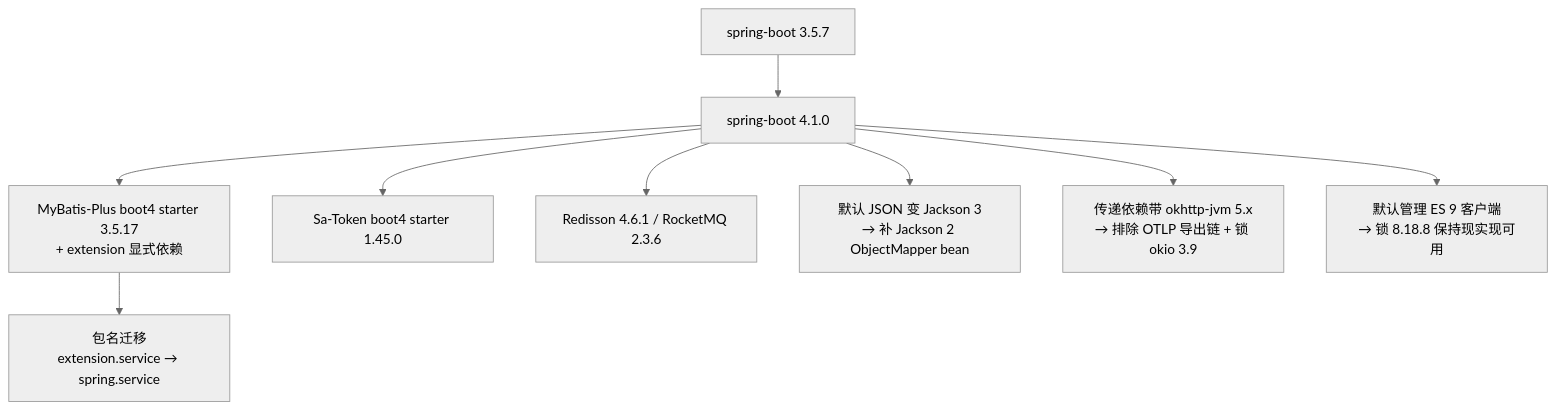
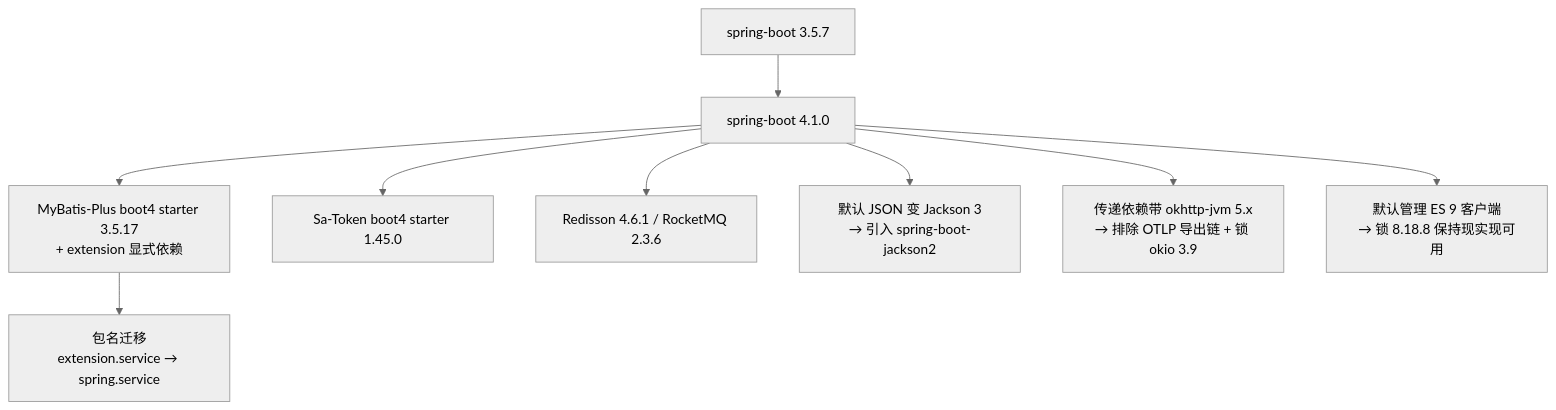
The diagram in docs/upstream/features/up-31-spring-boot4.md (XiaooYi/hnu-ragent), drawn with Mermaid (neutral theme) before and after one commit. The commit also changed other lines of this file and 3 other files, not shown here.

Commit message:
refactor(build): 用 spring-boot-jackson2 恢复 Jackson 2 自动配置

````diff
--- a/docs/upstream/features/up-31-spring-boot4.md
+++ b/docs/upstream/features/up-31-spring-boot4.md
@@ -60,11 +61,11 @@
 ```mermaid
 flowchart TD
     A["spring-boot 3.5.7"] --> B["spring-boot 4.1.0"]
     B --> C["MyBatis-Plus boot4 starter 3.5.17<br/>+ extension 显式依赖"]
     B --> D["Sa-Token boot4 starter 1.45.0"]
     B --> E["Redisson 4.6.1 / RocketMQ 2.3.6"]
-    B --> F["默认 JSON 变 Jackson 3<br/>→ 补 Jackson 2 ObjectMapper bean"]
+    B --> F["默认 JSON 变 Jackson 3<br/>→ 引入 spring-boot-jackson2"]
     B --> G["传递依赖带 okhttp-jvm 5.x<br/>→ 排除 OTLP 导出链 + 锁 okio 3.9"]
     B --> H["默认管理 ES 9 客户端<br/>→ 锁 8.18.8 保持现实现可用"]
     C --> I["包名迁移<br/>extension.service → spring.service"]
 ```
````
